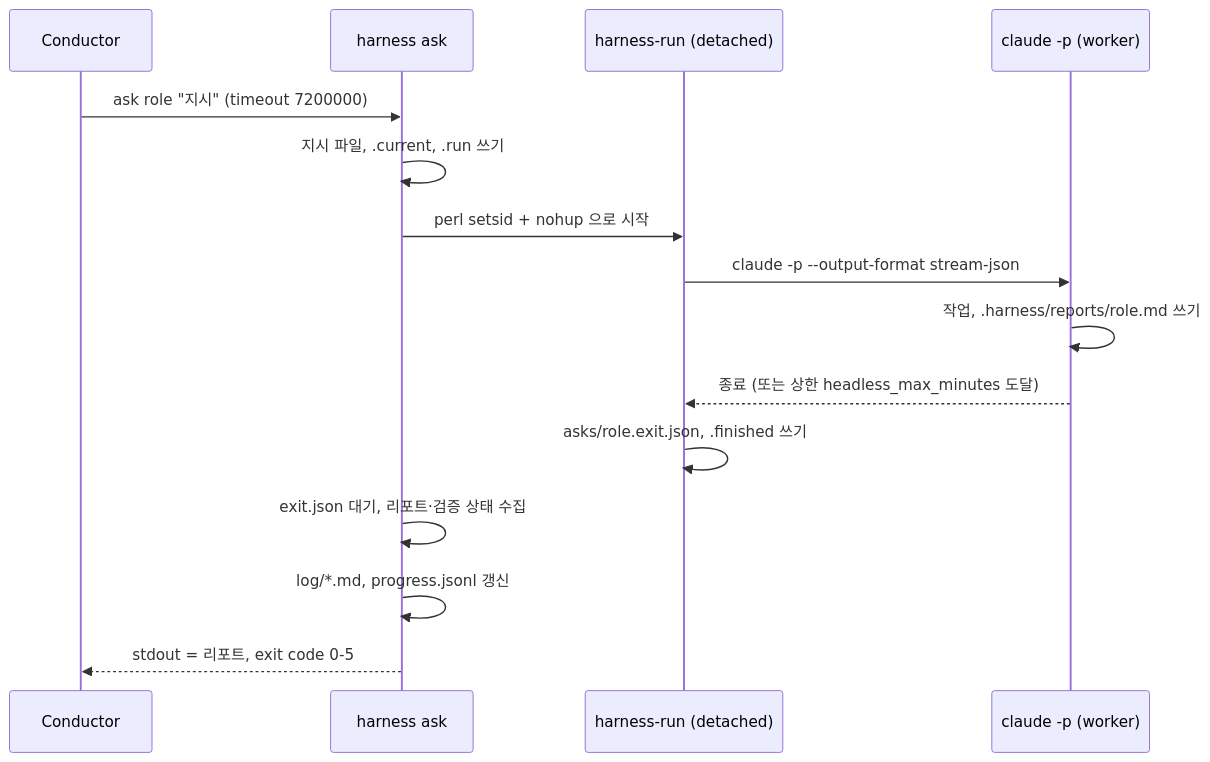
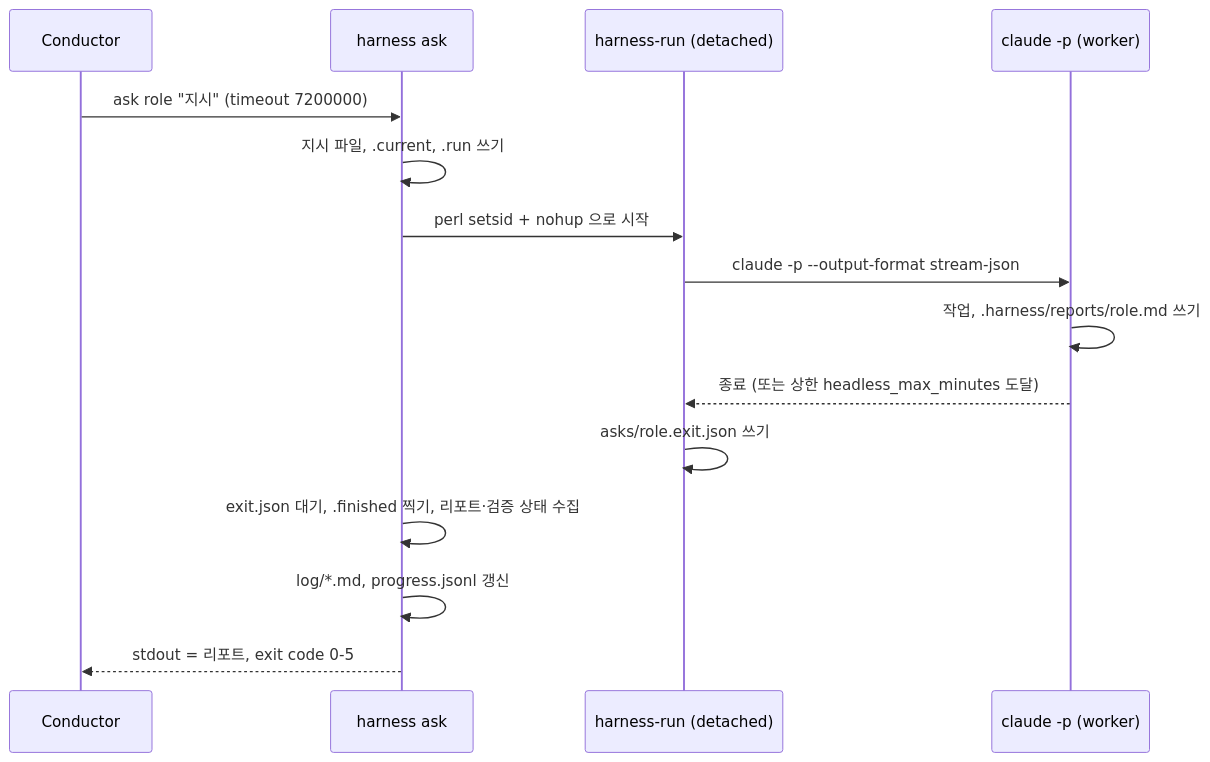
Before and after one commit to geonhos/claude-code-setup: the second of 4 diagrams in docs/architecture.md, drawn with Mermaid. The commit also changed other lines of this file and 3 other files, not shown here.

Commit message:
docs(prune-7): review fixes (exit.json/.finished writer, Stop-hook branches, headless_max_minutes, bin/ list, index heading)

````diff
--- a/docs/architecture.md
+++ b/docs/architecture.md
@@ -28,17 +28,17 @@
 ```mermaid
 sequenceDiagram
   participant C as Conductor
   participant H as harness ask
   participant R as harness-run (detached)
   participant W as claude -p (worker)
   C->>H: ask role "지시" (timeout 7200000)
   H->>H: 지시 파일, .current, .run 쓰기
   H->>R: perl setsid + nohup 으로 시작
   R->>W: claude -p --output-format stream-json
   W->>W: 작업, .harness/reports/role.md 쓰기
   W-->>R: 종료 (또는 상한 headless_max_minutes 도달)
-  R->>R: asks/role.exit.json, .finished 쓰기
-  H->>H: exit.json 대기, 리포트·검증 상태 수집
+  R->>R: asks/role.exit.json 쓰기
+  H->>H: exit.json 대기, .finished 찍기, 리포트·검증 상태 수집
   H->>H: log/*.md, progress.jsonl 갱신
   H-->>C: stdout = 리포트, exit code 0-5
 ```
````
